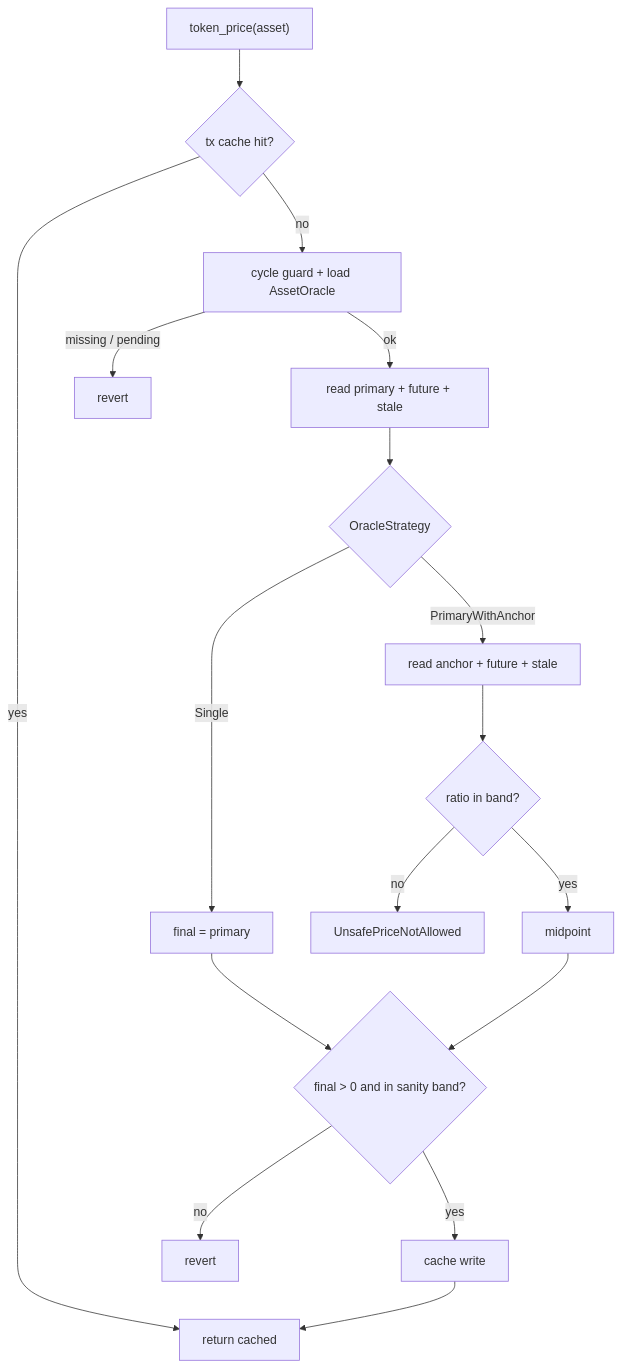
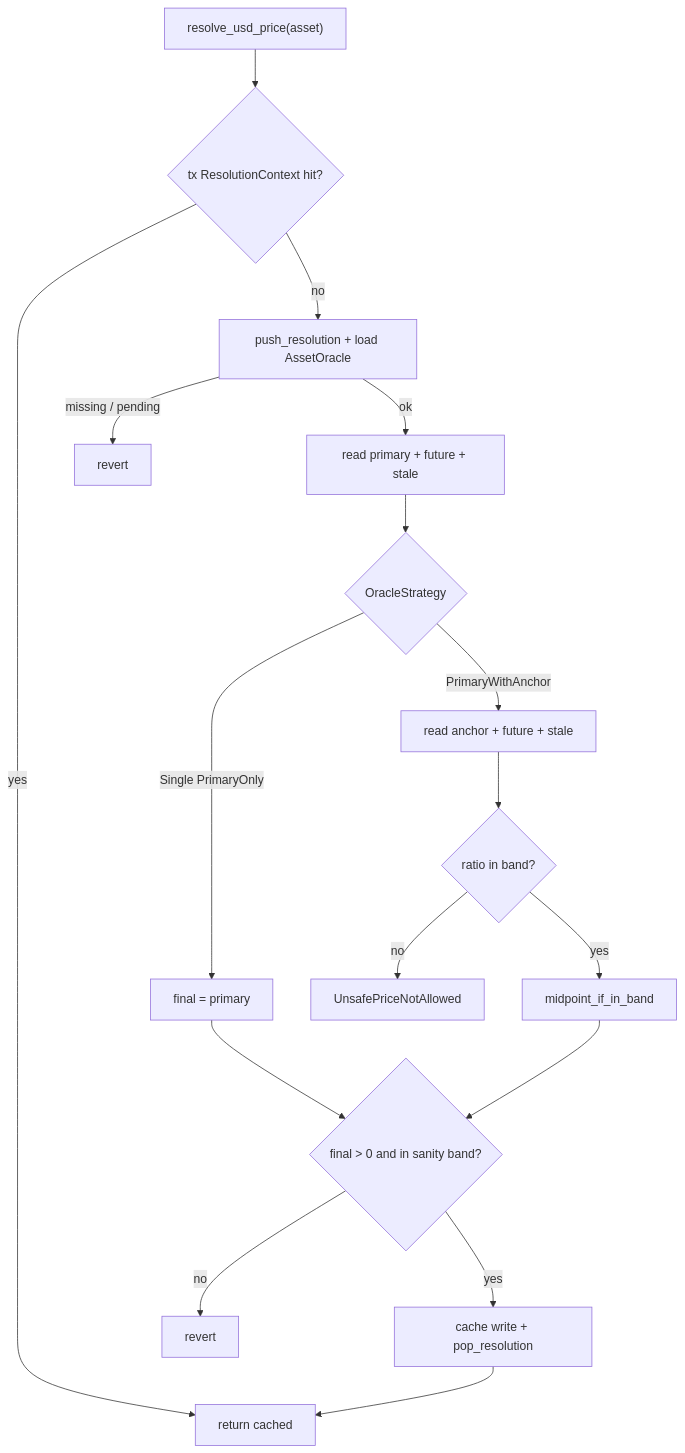
The third of 3 diagrams in architecture/INVARIANTS.md (XOXNO/rs-lending-xlm), drawn with Mermaid before and after one commit. The commit also changed other lines of this file and 487 other files, not shown here.

First line of the commit message:
feat: extract price-aggregator as the sole oracle surface (#95)

````diff
--- a/architecture/INVARIANTS.md
+++ b/architecture/INVARIANTS.md
@@ -422,19 +422,19 @@
 ```mermaid
 flowchart TD
-    A["token_price(asset)"] --> B{"tx cache hit?"}
+    A["resolve_usd_price(asset)"] --> B{"tx ResolutionContext hit?"}
     B -->|yes| Z["return cached"]
-    B -->|no| C["cycle guard + load AssetOracle"]
+    B -->|no| C["push_resolution + load AssetOracle"]
     C -->|missing / pending| R1["revert"]
     C -->|ok| D["read primary + future + stale"]
     D --> E{"OracleStrategy"}
-    E -->|Single| F["final = primary"]
+    E -->|Single PrimaryOnly| F["final = primary"]
     E -->|PrimaryWithAnchor| G["read anchor + future + stale"]
     G --> H{"ratio in band?"}
     H -->|no| R2["UnsafePriceNotAllowed"]
-    H -->|yes| I["midpoint"]
+    H -->|yes| I["midpoint_if_in_band"]
     F --> J{"final > 0 and in sanity band?"}
     I --> J
     J -->|no| R3["revert"]
-    J -->|yes| K["cache write"]
+    J -->|yes| K["cache write + pop_resolution"]
     K --> Z
 ```
````
